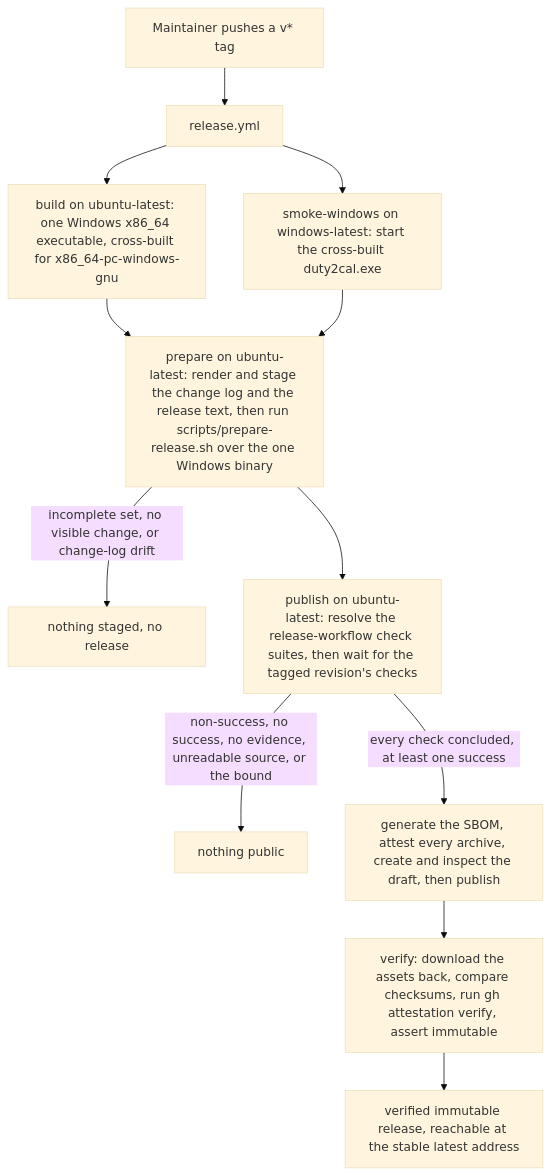
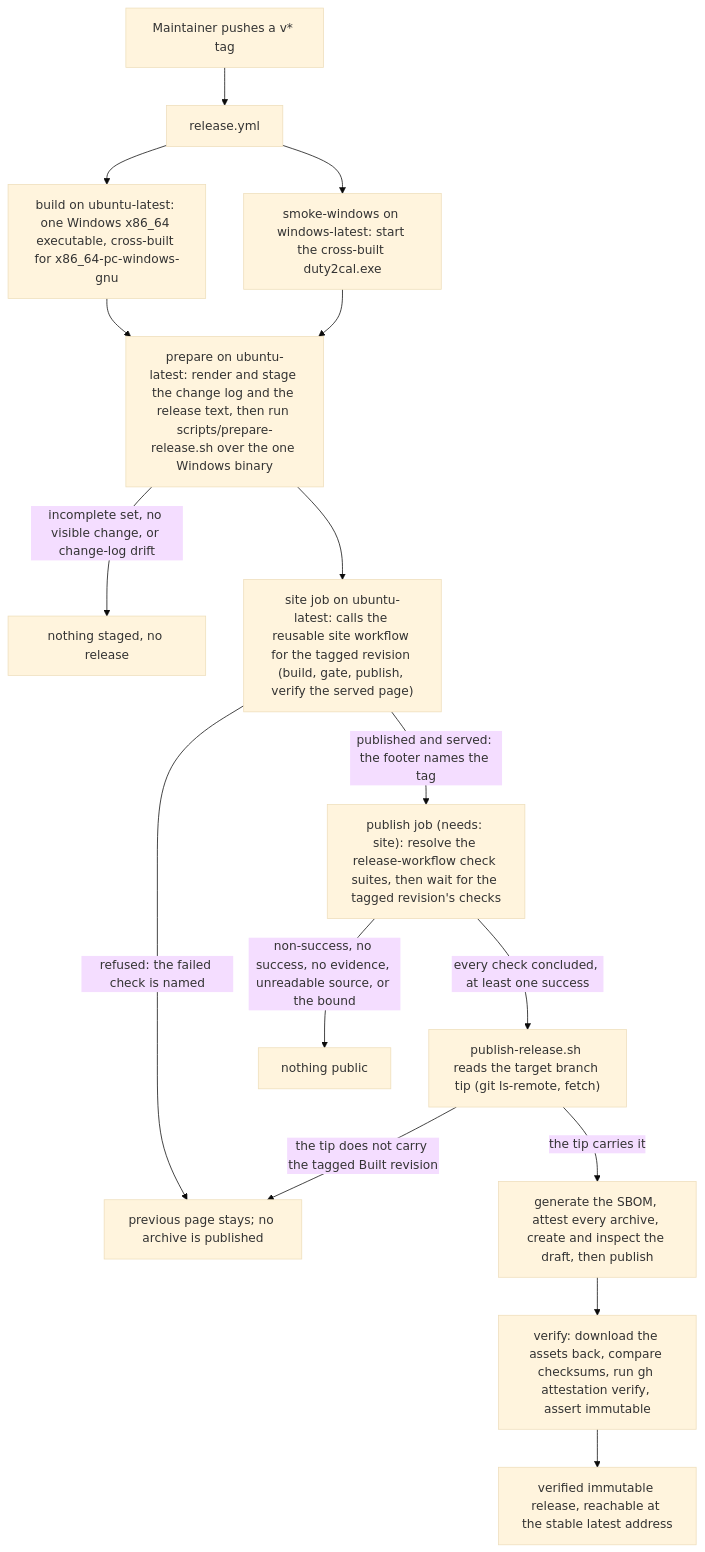
One commit to duty2cal/duty2cal changed the ninth of 17 diagrams in docs/arc42/06-runtime-view.md. Above: the diagram before and after it, drawn with Mermaid (base theme). The commit also changed other lines of this file and 34 other files, not shown here.

First line of the commit message:
chore(publish-public-website): prepare the site publication steps

````diff
--- a/docs/arc42/06-runtime-view.md
+++ b/docs/arc42/06-runtime-view.md
@@ -175,14 +315,18 @@
 ```mermaid
 flowchart TB
   tag["Maintainer pushes a v* tag"] --> rel["release.yml"]
   rel --> build["build on ubuntu-latest: one Windows x86_64 executable, cross-built for x86_64-pc-windows-gnu"]
   rel --> smoke["smoke-windows on windows-latest: start the cross-built duty2cal.exe"]
   build --> prep["prepare on ubuntu-latest: render and stage the change log and the release text, then run scripts/prepare-release.sh over the one Windows binary"]
   smoke --> prep
   prep -->|"incomplete set, no visible change, or change-log drift"| nostage["nothing staged, no release"]
-  prep --> pub["publish on ubuntu-latest: resolve the release-workflow check suites, then wait for the tagged revision's checks"]
+  prep --> sitejob["site job on ubuntu-latest: calls the reusable site workflow for the tagged revision (build, gate, publish, verify the served page)"]
+  sitejob -->|"refused: the failed check is named"| nosite["previous page stays; no archive is published"]
+  sitejob -->|"published and served: the footer names the tag"| pub["publish job (needs: site): resolve the release-workflow check suites, then wait for the tagged revision's checks"]
   pub -->|"non-success, no success, no evidence, unreadable source, or the bound"| nopub["nothing public"]
-  pub -->|"every check concluded, at least one success"| stage["generate the SBOM, attest every archive, create and inspect the draft, then publish"]
+  pub -->|"every check concluded, at least one success"| tip["publish-release.sh reads the target branch tip (git ls-remote, fetch)"]
+  tip -->|"the tip does not carry the tagged Built revision"| nosite
+  tip -->|"the tip carries it"| stage["generate the SBOM, attest every archive, create and inspect the draft, then publish"]
   stage --> ver["verify: download the assets back, compare checksums, run gh attestation verify, assert immutable"]
   ver --> done["verified immutable release, reachable at the stable latest address"]
 ```
````
